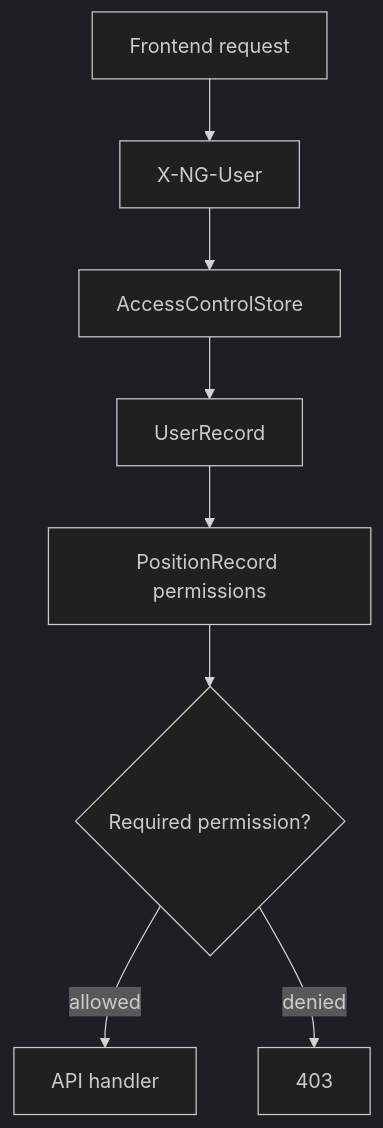
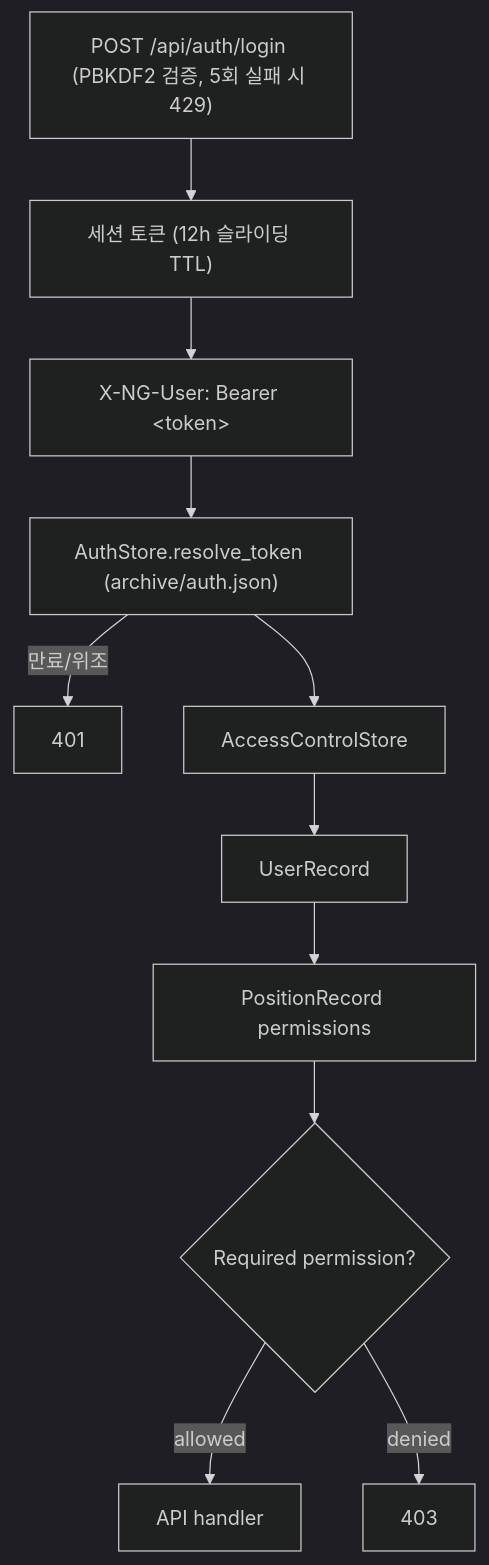
The fifth of 6 diagrams in docs/architecture.md (PatchMachine/Negotium), drawn with Mermaid (dark theme) before and after one commit. The commit also changed other lines of this file and 18 other files, not shown here.

````diff
--- a/docs/architecture.md
+++ b/docs/architecture.md
@@ -90,10 +89,13 @@
 ```mermaid
 flowchart TB
-  Request["Frontend request"] --> Header["X-NG-User"]
-  Header --> ACL["AccessControlStore"]
+  Login["POST /api/auth/login (PBKDF2 검증, 5회 실패 시 429)"] --> Token["세션 토큰 (12h 슬라이딩 TTL)"]
+  Token --> Request["X-NG-User: Bearer &lt;token&gt;"]
+  Request --> AuthStore["AuthStore.resolve_token (archive/auth.json)"]
+  AuthStore -->|"만료/위조"| Unauthorized["401"]
+  AuthStore --> ACL["AccessControlStore"]
   ACL --> User["UserRecord"]
   User --> Position["PositionRecord permissions"]
   Position --> Check{"Required permission?"}
   Check -->|"allowed"| Handler["API handler"]
   Check -->|"denied"| Forbidden["403"]
 ```
````
